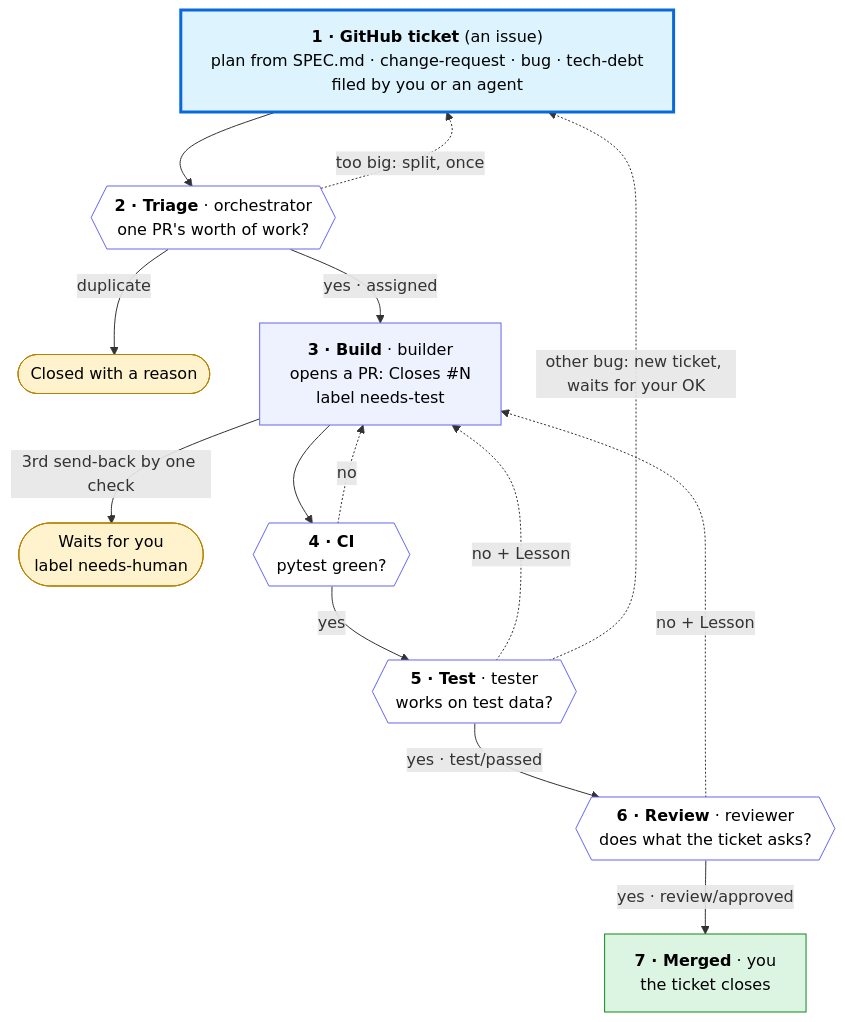
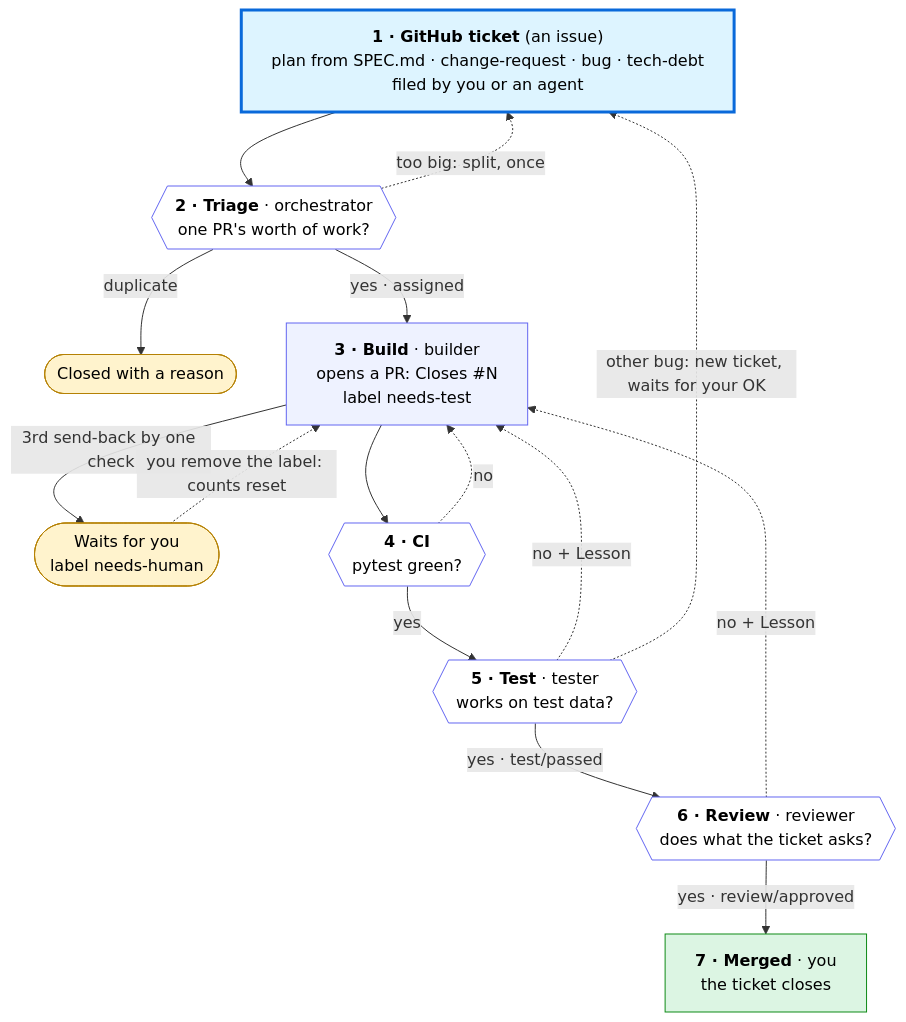
The diagram in agents/WORKFLOW.md (nikhil-kunapareddy/daily-briefing), drawn with Mermaid before and after one commit. The commit also changed other lines of this file and 2 other files, not shown here.

First line of the commit message:
Dispatcher: give needs-human an exit, with fresh counts

````diff
--- a/agents/WORKFLOW.md
+++ b/agents/WORKFLOW.md
@@ -11,38 +11,39 @@
 ```mermaid
 %%{init: {"flowchart": {"wrappingWidth": 440}}}%%
 flowchart TD
   T["<b>1 · GitHub ticket</b> (an issue)<br/>plan from SPEC.md · change-request · bug · tech-debt<br/>filed by you or an agent"]
   O{{"<b>2 · Triage</b> · orchestrator<br/>one PR's worth of work?"}}
   X(["Closed with a reason"])
   B["<b>3 · Build</b> · builder<br/>opens a PR: Closes #N<br/>label needs-test"]
   H(["Waits for you<br/>label needs-human"])
   C{{"<b>4 · CI</b><br/>pytest green?"}}
   TE{{"<b>5 · Test</b> · tester<br/>works on test data?"}}
   R{{"<b>6 · Review</b> · reviewer<br/>does what the ticket asks?"}}
   M["<b>7 · Merged</b> · you<br/>the ticket closes"]
 
   T --> O
   O -->|"yes · assigned"| B
   O -->|"duplicate"| X
   O -.->|"too big: split, once"| T
   B --> C
   B -->|"3rd send-back by one check"| H
+  H -.->|"you remove the label: counts reset"| B
   C -->|"yes"| TE
   C -.->|"no"| B
   TE -->|"yes · test/passed"| R
   TE -.->|"no + Lesson"| B
   TE -.->|"other bug: new ticket, waits for your OK"| T
   R -->|"yes · review/approved"| M
   R -.->|"no + Lesson"| B
 
   classDef ticket fill:#ddf4ff,stroke:#0969da,stroke-width:3px,color:#000
   classDef step fill:#eef2ff,stroke:#6366f1,color:#000
   classDef check fill:#fff,stroke:#6366f1,color:#000
   classDef done fill:#dcf5e3,stroke:#0e8a16,color:#000
   classDef side fill:#fff3cd,stroke:#b58105,color:#000
   class T ticket
   class B step
   class O,C,TE,R check
   class M done
   class X,H side
 ```
````
